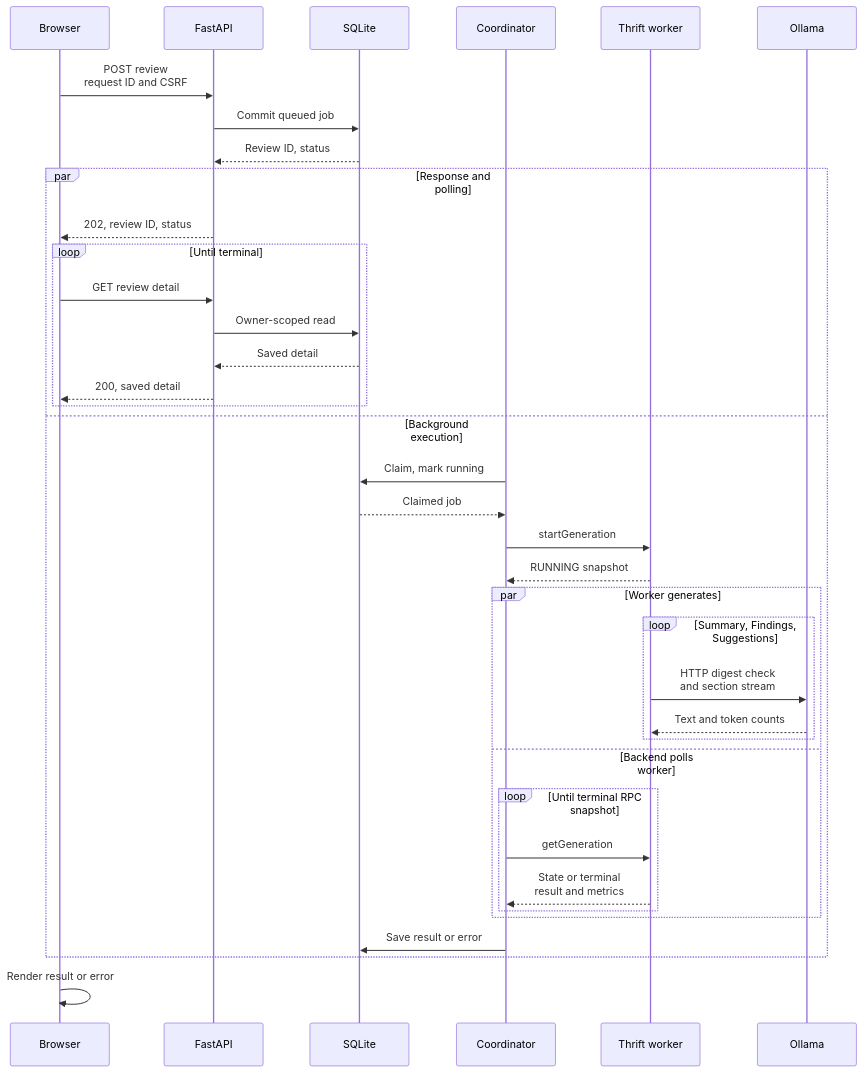
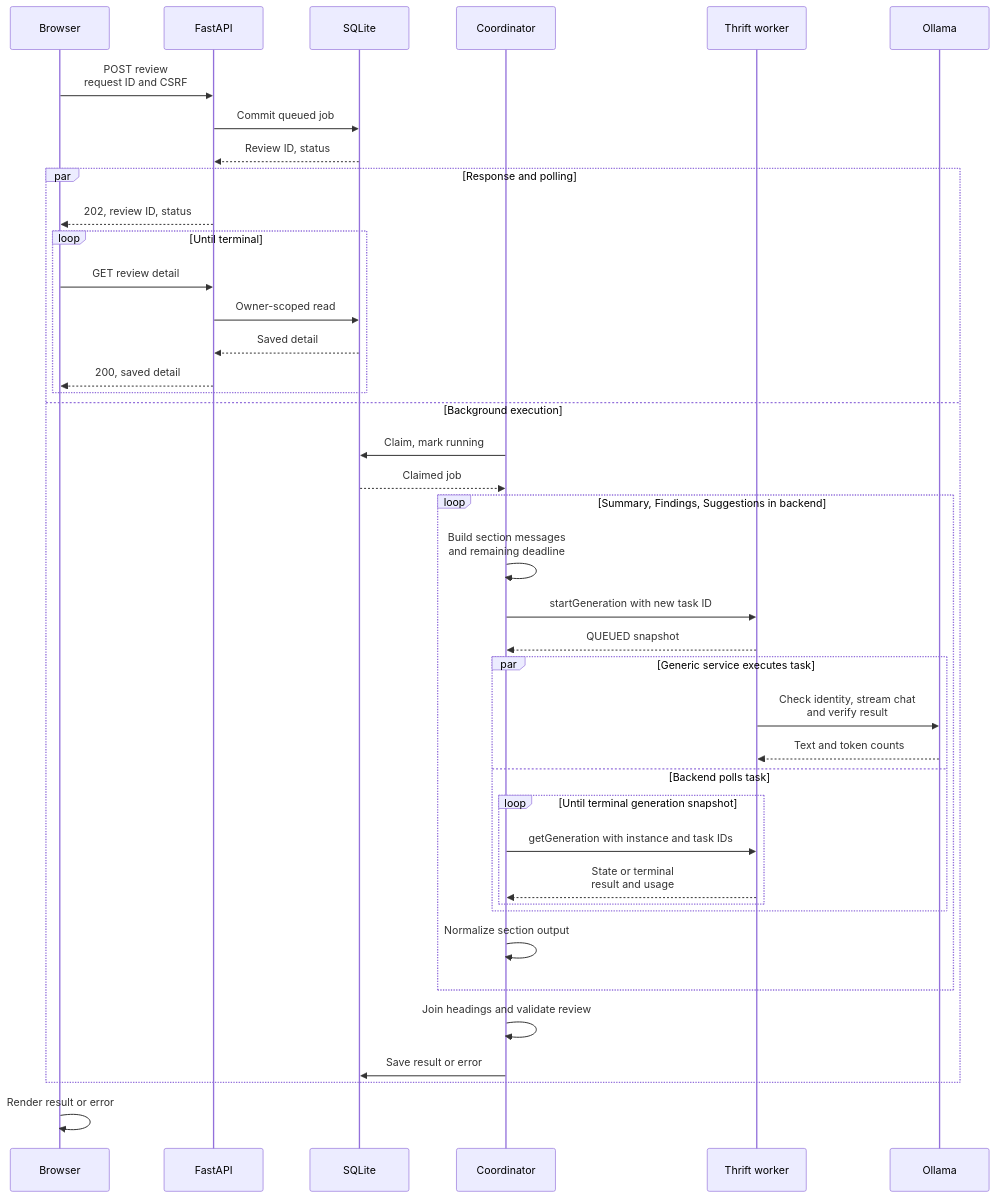
The second of 7 diagrams in docs/reference/workflows.md (GodfreyLyu/LocalQwenDemo), drawn with Mermaid before and after one commit. The commit also changed other lines of this file and 35 other files, not shown here.

````diff
--- a/docs/reference/workflows.md
+++ b/docs/reference/workflows.md
@@ -84,41 +84,44 @@
 ```mermaid
 sequenceDiagram
     accTitle: Durable asynchronous review from submission to saved result
-    accDescr: FastAPI commits the job before returning 202. The browser polls owner-scoped detail while the coordinator independently claims the job, calls the Thrift worker and persists a terminal result. The browser renders the saved Markdown after completion.
+    accDescr: FastAPI commits the job before returning 202. The browser polls saved detail while the backend coordinates three separate generic generations. Each generation is admitted, executed through Ollama and polled to a terminal snapshot before the backend builds and saves the complete review.
     participant Browser
     participant API as FastAPI
     participant SQLite
     participant Worker as Coordinator
     participant Inference as Thrift worker
     participant Ollama
     Browser->>API: POST review<br/>request ID and CSRF
     API->>SQLite: Commit queued job
     SQLite-->>API: Review ID, status
     par Response and polling
         API-->>Browser: 202, review ID, status
         loop Until terminal
             Browser->>API: GET review detail
             API->>SQLite: Owner-scoped read
             SQLite-->>API: Saved detail
             API-->>Browser: 200, saved detail
         end
     and Background execution
         Worker->>SQLite: Claim, mark running
         SQLite-->>Worker: Claimed job
-        Worker->>Inference: startGeneration
-        Inference-->>Worker: RUNNING snapshot
-        par Worker generates
-            loop Summary, Findings, Suggestions
-                Inference->>Ollama: HTTP digest check<br/>and section stream
+        loop Summary, Findings, Suggestions in backend
+            Worker->>Worker: Build section messages<br/>and remaining deadline
+            Worker->>Inference: startGeneration with new task ID
+            Inference-->>Worker: QUEUED snapshot
+            par Generic service executes task
+                Inference->>Ollama: Check identity, stream chat<br/>and verify result
                 Ollama-->>Inference: Text and token counts
+            and Backend polls task
+                loop Until terminal generation snapshot
+                    Worker->>Inference: getGeneration with instance and task IDs
+                    Inference-->>Worker: State or terminal<br/>result and usage
+                end
             end
-        and Backend polls worker
-            loop Until terminal RPC snapshot
-                Worker->>Inference: getGeneration
-                Inference-->>Worker: State or terminal<br/>result and metrics
-            end
+            Worker->>Worker: Normalize section output
         end
+        Worker->>Worker: Join headings and validate review
         Worker->>SQLite: Save result or error
     end
     Browser->>Browser: Render result or error
 ```
````
